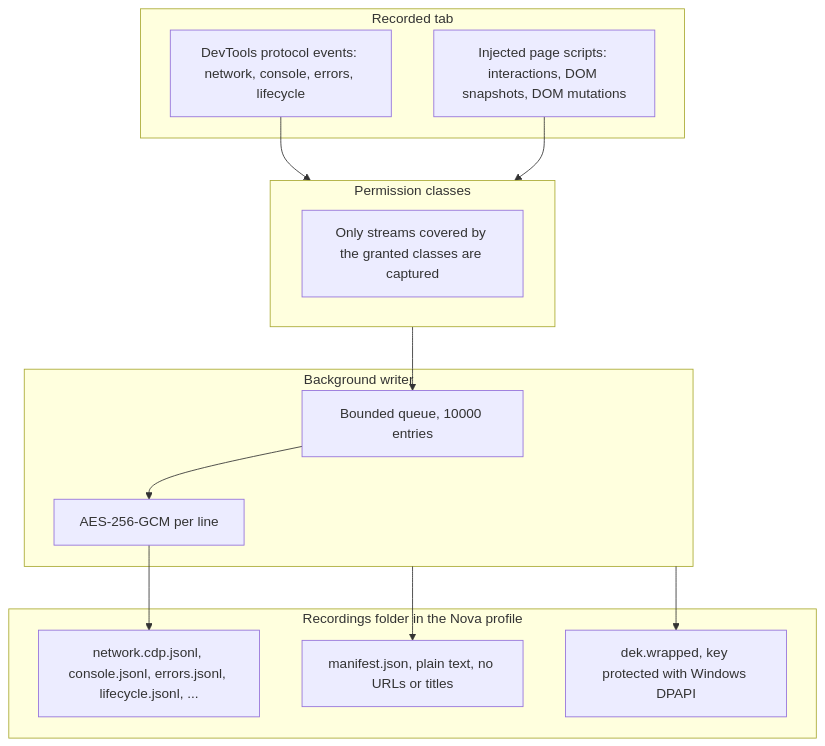
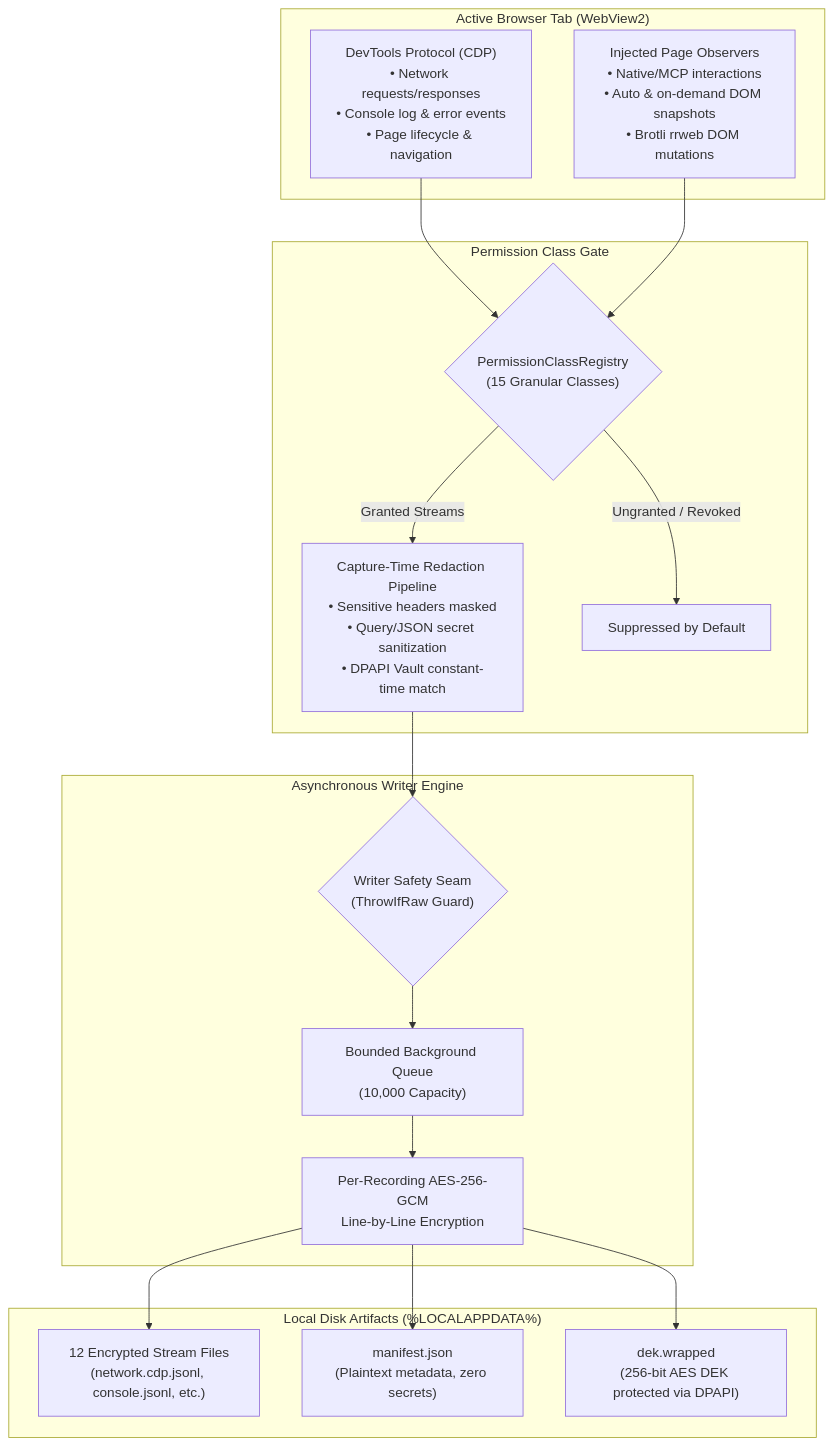
One commit to joelaniol/nova changed the diagram in docs/core-features/session-recording/README.md. Above: the diagram before and after it, drawn with Mermaid. The commit also changed other lines of this file and 11 other files, not shown here.

Commit message:
docs(session-recording): expand architecture suite with pipeline, streams, encryption, and time-travel debugging

````diff
--- a/docs/core-features/session-recording/README.md
+++ b/docs/core-features/session-recording/README.md
@@ -36,30 +30,32 @@
 ```mermaid
 flowchart TD
-    subgraph Tab["Recorded tab"]
-        CDP["DevTools protocol events: network, console, errors, lifecycle"]
-        Page["Injected page scripts: interactions, DOM snapshots, DOM mutations"]
+    subgraph TabEngine ["Active Browser Tab (WebView2)"]
+        CDP["DevTools Protocol (CDP)<br/>• Network requests/responses<br/>• Console log & error events<br/>• Page lifecycle & navigation"]
+        PageScripts["Injected Page Observers<br/>• Native/MCP interactions<br/>• Auto & on-demand DOM snapshots<br/>• Brotli rrweb DOM mutations"]
     end
 
-    subgraph Gate["Permission classes"]
-        Classes["Only streams covered by the granted classes are captured"]
+    subgraph PermissionGate ["Permission Class Gate"]
+        PermRegistry{"PermissionClassRegistry<br/>(15 Granular Classes)"}
+        PermRegistry -->|"Granted Streams"| RedactionPipeline["Capture-Time Redaction Pipeline<br/>• Sensitive headers masked<br/>• Query/JSON secret sanitization<br/>• DPAPI Vault constant-time match"]
+        PermRegistry -->|"Ungranted / Revoked"| DropStream["Suppressed by Default"]
     end
 
-    subgraph Writer["Background writer"]
-        Queue["Bounded queue, 10000 entries"]
-        Enc["AES-256-GCM per line"]
+    subgraph QueueBuffer ["Asynchronous Writer Engine"]
+        SafetyContract{"Writer Safety Seam<br/>(ThrowIfRaw Guard)"}
+        RedactionPipeline --> SafetyContract
+        SafetyContract --> Queue["Bounded Background Queue<br/>(10,000 Capacity)"]
+        Queue --> Encryptor["Per-Recording AES-256-GCM<br/>Line-by-Line Encryption"]
     end
 
-    subgraph Disk["Recordings folder in the Nova profile"]
-        Streams["network.cdp.jsonl, console.jsonl, errors.jsonl, lifecycle.jsonl, ..."]
-        Manifest["manifest.json, plain text, no URLs or titles"]
-        Key["dek.wrapped, key protected with Windows DPAPI"]
+    subgraph StorageDisk ["Local Disk Artifacts (%LOCALAPPDATA%)"]
+        Streams["12 Encrypted Stream Files<br/>(network.cdp.jsonl, console.jsonl, etc.)"]
+        Manifest["manifest.json<br/>(Plaintext metadata, zero secrets)"]
+        WrappedDEK["dek.wrapped<br/>(256-bit AES DEK protected via DPAPI)"]
+        Encryptor --> Streams
+        Encryptor --> Manifest
+        Encryptor --> WrappedDEK
     end
 
-    CDP --> Gate
-    Page --> Gate
-    Gate --> Queue
-    Queue --> Enc
-    Enc --> Streams
-    Writer --> Manifest
-    Writer --> Key
+    CDP --> PermRegistry
+    PageScripts --> PermRegistry
 ```
````
